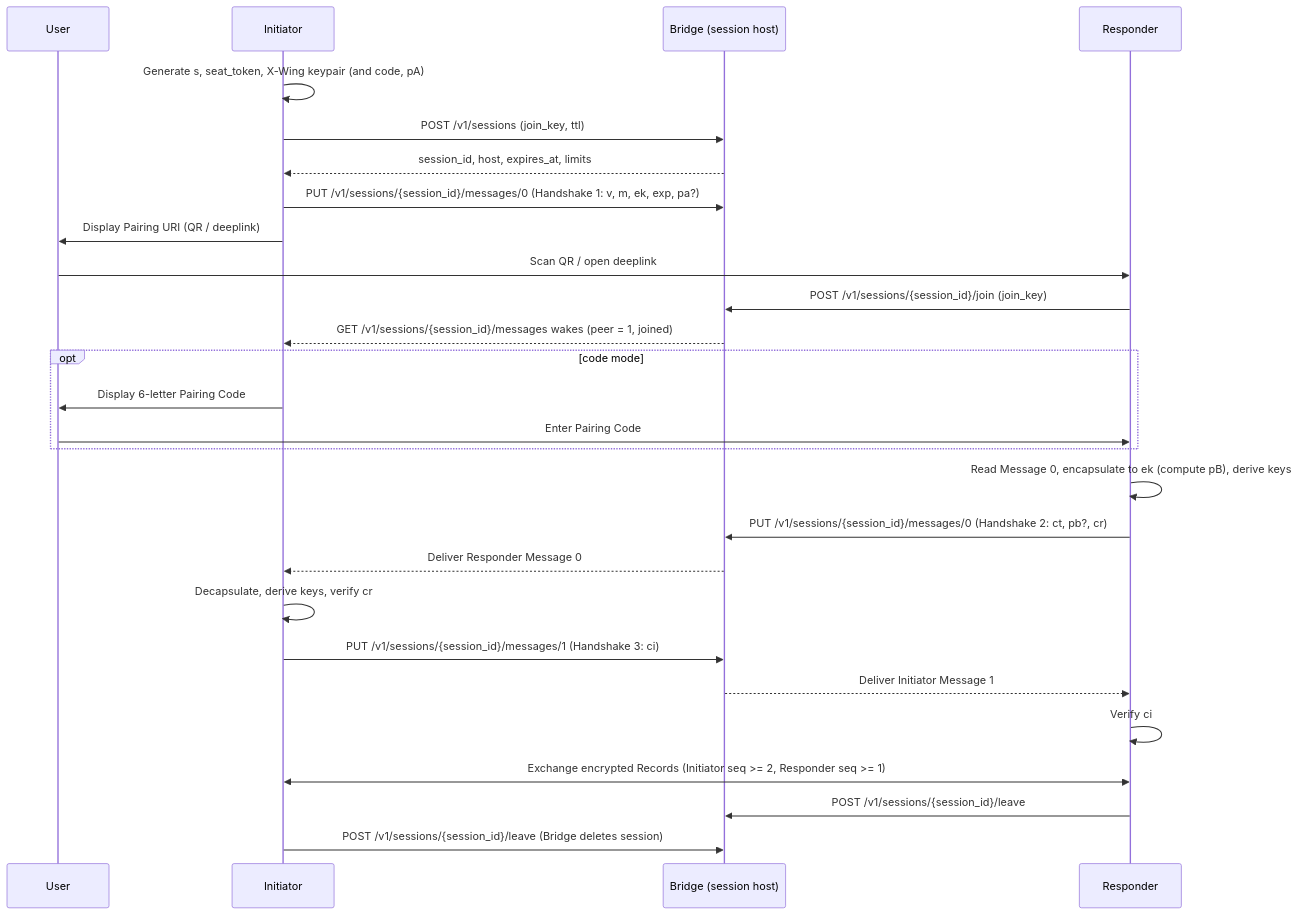
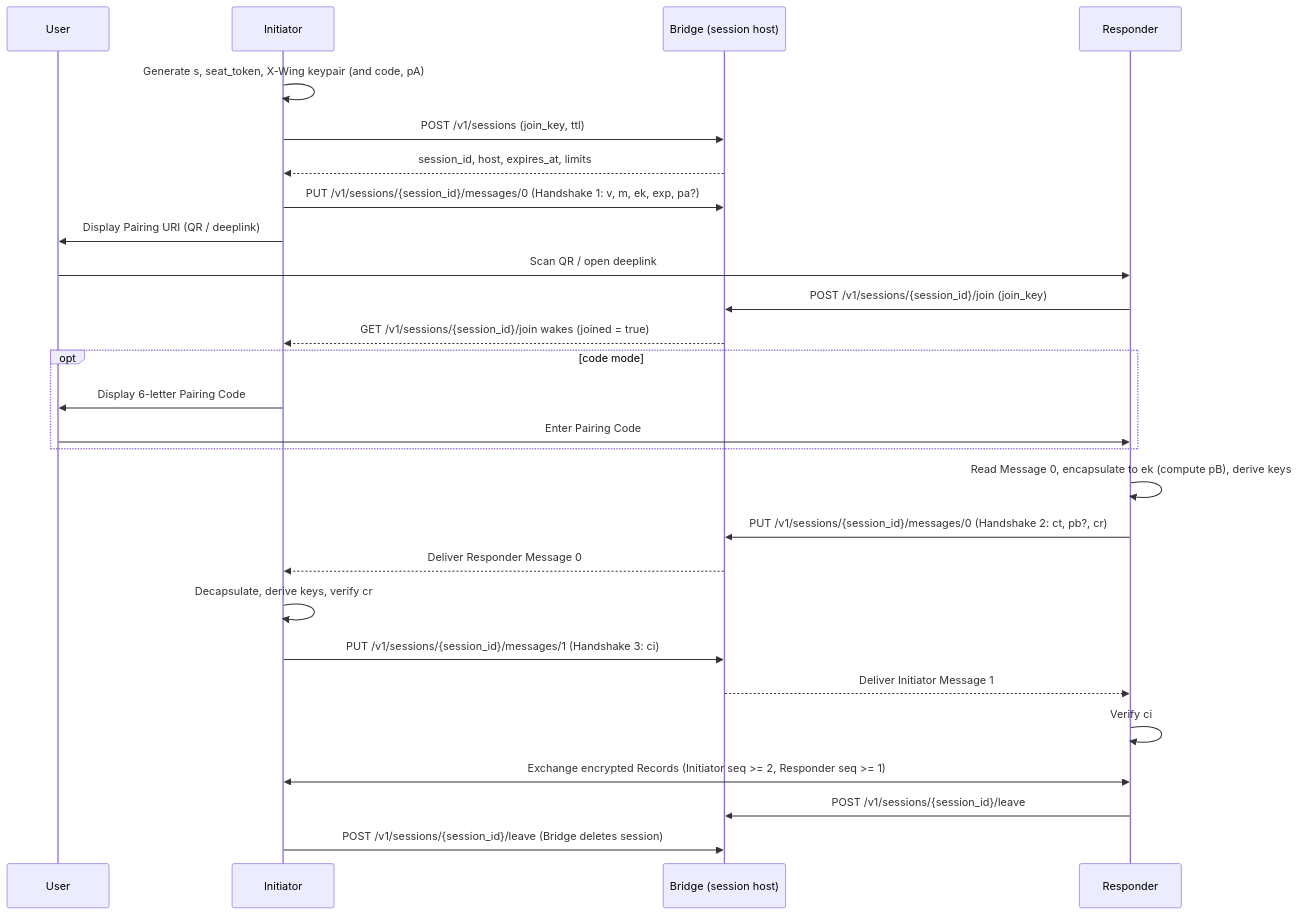
The diagram in docs/WIPs/wip-110.md (worldcoin/world-id-protocol), drawn with Mermaid before and after one commit. The commit also changed other lines of this file, not shown here.

Commit message:
docs(wip-110): separate GET /join long-poll and remove peer bitmask from /messages

````diff
--- a/docs/WIPs/wip-110.md
+++ b/docs/WIPs/wip-110.md
@@ -59,30 +59,30 @@
 ```mermaid
 sequenceDiagram
     participant u as User
     participant i as Initiator
     participant b as Bridge (session host)
     participant r as Responder
 
     i->>i: Generate s, seat_token, X-Wing keypair (and code, pA)
     i->>b: POST /v1/sessions (join_key, ttl)
     b-->>i: session_id, host, expires_at, limits
     i->>b: PUT /v1/sessions/{session_id}/messages/0 (Handshake 1: v, m, ek, exp, pa?)
     i->>u: Display Pairing URI (QR / deeplink)
     u->>r: Scan QR / open deeplink
     r->>b: POST /v1/sessions/{session_id}/join (join_key)
-    b-->>i: GET /v1/sessions/{session_id}/messages wakes (peer = 1, joined)
+    b-->>i: GET /v1/sessions/{session_id}/join wakes (joined = true)
     opt code mode
         i->>u: Display 6-letter Pairing Code
         u->>r: Enter Pairing Code
     end
     r->>r: Read Message 0, encapsulate to ek (compute pB), derive keys
     r->>b: PUT /v1/sessions/{session_id}/messages/0 (Handshake 2: ct, pb?, cr)
     b-->>i: Deliver Responder Message 0
     i->>i: Decapsulate, derive keys, verify cr
     i->>b: PUT /v1/sessions/{session_id}/messages/1 (Handshake 3: ci)
     b-->>r: Deliver Initiator Message 1
     r->>r: Verify ci
     i<<->>r: Exchange encrypted Records (Initiator seq >= 2, Responder seq >= 1)
     r->>b: POST /v1/sessions/{session_id}/leave
     i->>b: POST /v1/sessions/{session_id}/leave (Bridge deletes session)
 ```
````
